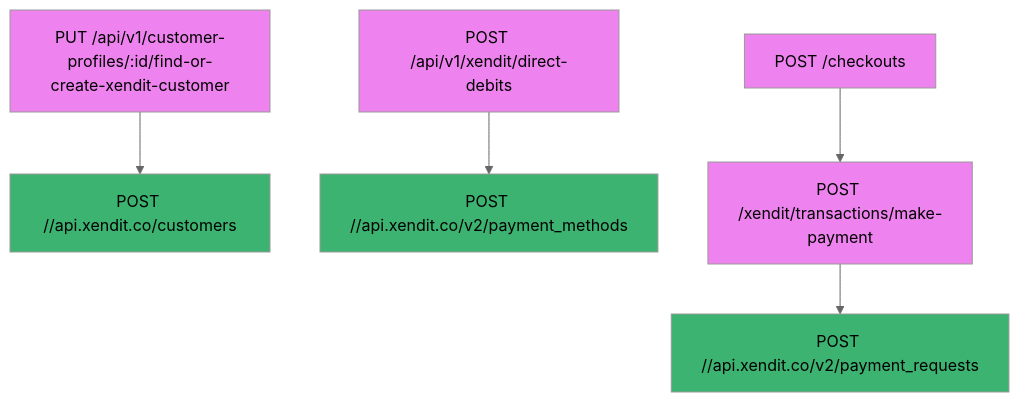
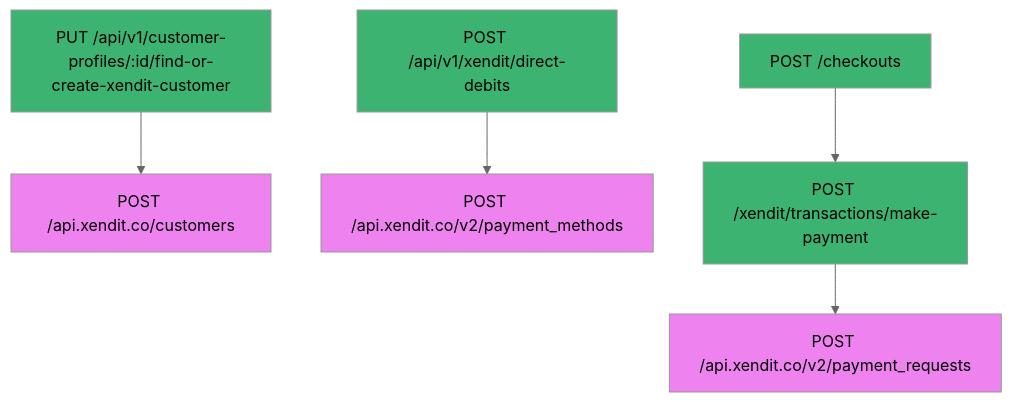
The diagram in xendit-direct-debit-flow.md (israelcoper/mermaid-diagram), drawn with Mermaid (neutral theme) before and after one commit.

````diff
--- a/xendit-direct-debit-flow.md
+++ b/xendit-direct-debit-flow.md
@@ -2,17 +2,17 @@
 ```mermaid
 ---
 title:
 ---
 flowchart TB;
-    style A0 fill:#ee82ee
-    style A1 fill:#3cb371
-    style B0 fill:#ee82ee
-    style B1 fill:#3cb371
-    style C fill:#ee82ee
-    style D0 fill:#ee82ee
-    style D1 fill:#3cb371
-    A0[PUT /api/v1/customer-profiles/:id/find-or-create-xendit-customer]-->A1[POST //api.xendit.co/customers];
-    B0[POST /api/v1/xendit/direct-debits]-->B1[POST //api.xendit.co/v2/payment_methods];
+    style A0 fill:#3cb371
+    style A1 fill:#ee82ee
+    style B0 fill:#3cb371
+    style B1 fill:#ee82ee
+    style C fill:#3cb371
+    style D0 fill:#3cb371
+    style D1 fill:#ee82ee
+    A0[PUT /api/v1/customer-profiles/:id/find-or-create-xendit-customer]-->A1[POST /api.xendit.co/customers];
+    B0[POST /api/v1/xendit/direct-debits]-->B1[POST /api.xendit.co/v2/payment_methods];
     C[POST /checkouts]-->D0[POST /xendit/transactions/make-payment];
-    D0-->D1[POST //api.xendit.co/v2/payment_requests];
+    D0-->D1[POST /api.xendit.co/v2/payment_requests];
 ```
````
